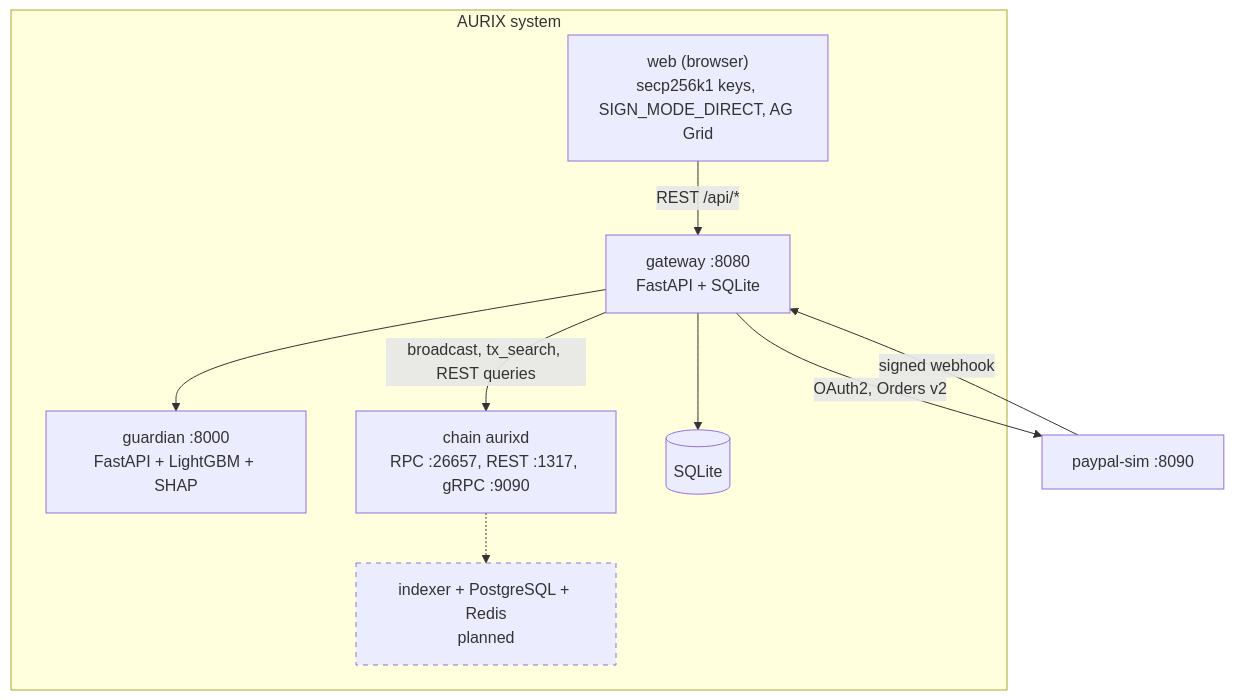
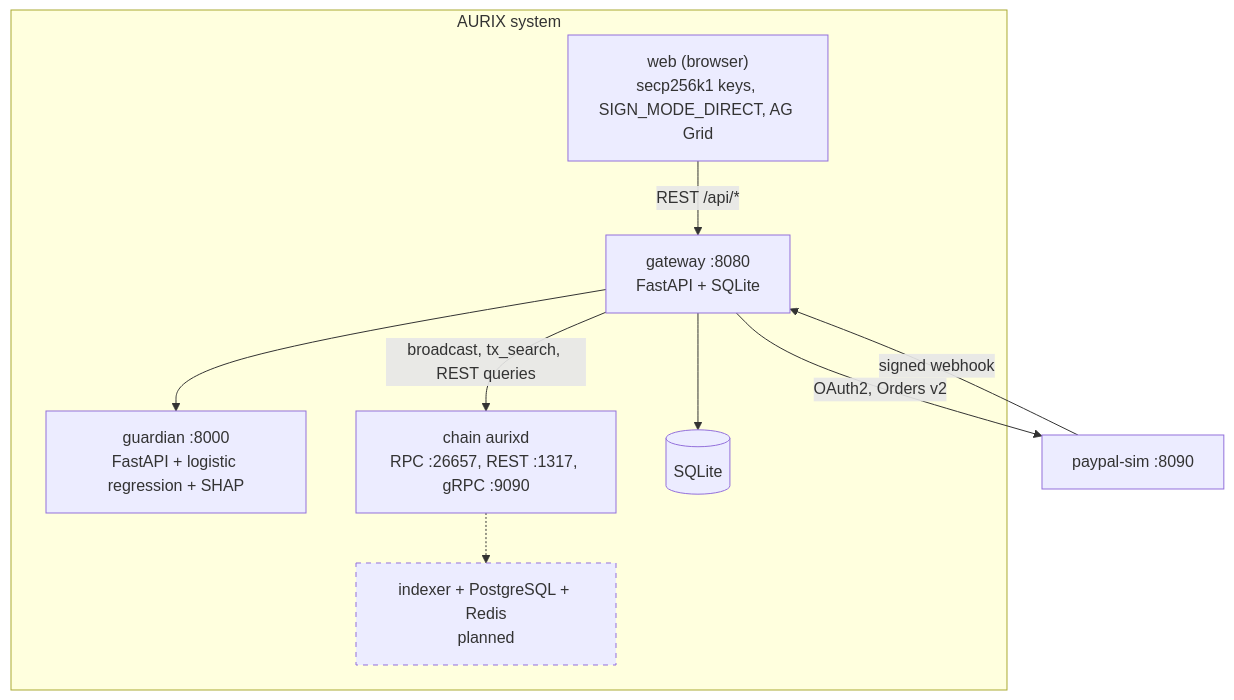
The second of 11 diagrams in docs/architecture/diagrams.md (joeylukoji/Aurix), drawn with Mermaid before and after one commit. The commit also changed 24 other files, not shown here.

````diff
--- a/docs/architecture/diagrams.md
+++ b/docs/architecture/diagrams.md
@@ -22,20 +22,20 @@
 ```mermaid
 flowchart TB
     subgraph AURIX[AURIX system]
         WEB["web (browser)<br/>secp256k1 keys, SIGN_MODE_DIRECT, AG Grid"]
         GW["gateway :8080<br/>FastAPI + SQLite"]
-        GD["guardian :8000<br/>FastAPI + LightGBM + SHAP"]
+        GD["guardian :8000<br/>FastAPI + logistic regression + SHAP"]
         CH["chain aurixd<br/>RPC :26657, REST :1317, gRPC :9090"]
         DB[(SQLite)]
         IX["indexer + PostgreSQL + Redis<br/>planned"]
     end
     PP["paypal-sim :8090"]
     WEB -->|REST /api/*| GW
     GW --> GD
     GW -->|broadcast, tx_search, REST queries| CH
     GW --> DB
     GW -->|OAuth2, Orders v2| PP
     PP -->|signed webhook| GW
     CH -.-> IX
     style IX stroke-dasharray: 5 5
 ```
````
